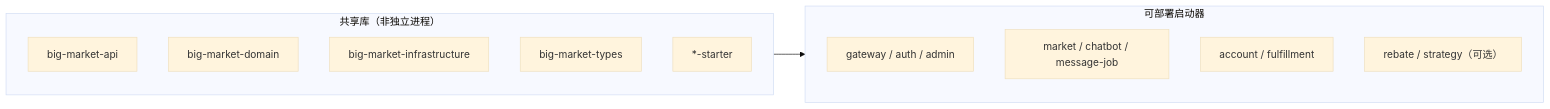
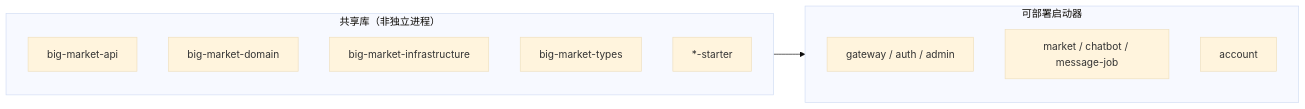
One commit to dyxnb22/Note changed the third of 6 diagrams in Projects/BigMarket/微服务.md. Above: the diagram before and after it, drawn with Mermaid (base theme). The commit also changed other lines of this file and 10 other files, not shown here.

````diff
--- a/Projects/BigMarket/微服务.md
+++ b/Projects/BigMarket/微服务.md
@@ -89,19 +86,18 @@
 ```mermaid
 flowchart LR
     subgraph Shared["共享库（非独立进程）"]
         API["big-market-api"]
         Domain["big-market-domain"]
         InfraLib["big-market-infrastructure"]
         Types["big-market-types"]
         Starters["*-starter"]
     end
     
 subgraph Launchers["可部署启动器"]
     L1["gateway / auth / admin"]
     L2["market / chatbot / message-job"]
-    L3["account / fulfillment"]
-    L4["rebate / strategy（可选）"]
+    L3["account"]
 end
 
 Shared --> Launchers
 ```
````
